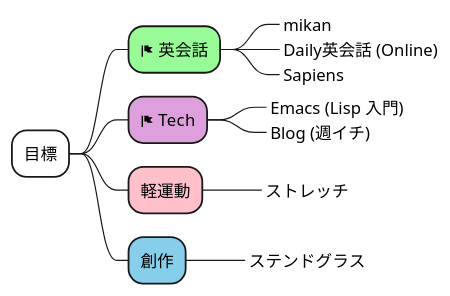
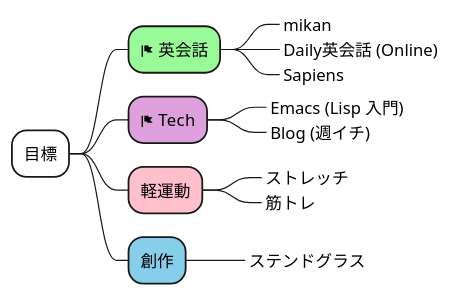
One commit to Ishizuka427/MindMap changed the diagram in test.puml. Above: the diagram before and after it, drawn with PlantUML.

```diff
--- a/test.puml
+++ b/test.puml
@@ -1,14 +1,15 @@
 @startmindmap
 *[#white] 目標
 **[#palegreen] <&flag> 英会話
 ***_ mikan
 ***_ Daily英会話 (Online)
 ***_ Sapiens
 **[#plum] <&flag> Tech
 ***_ Emacs (Lisp 入門)
 ***_ Blog (週イチ)
 **[#pink] 軽運動
 ***_ ストレッチ
+***_ 筋トレ
 **[#skyblue] 創作
 ***_ ステンドグラス
 @endmindmap
```
